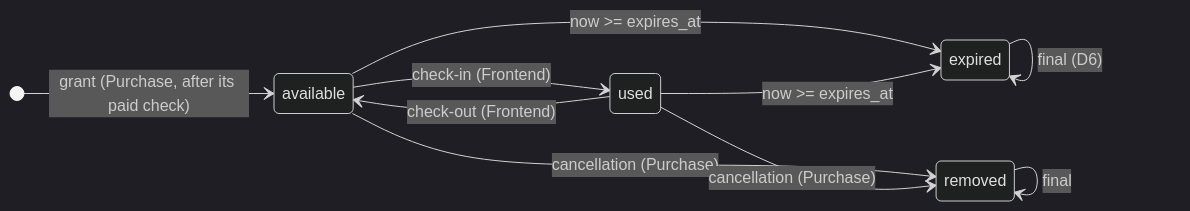
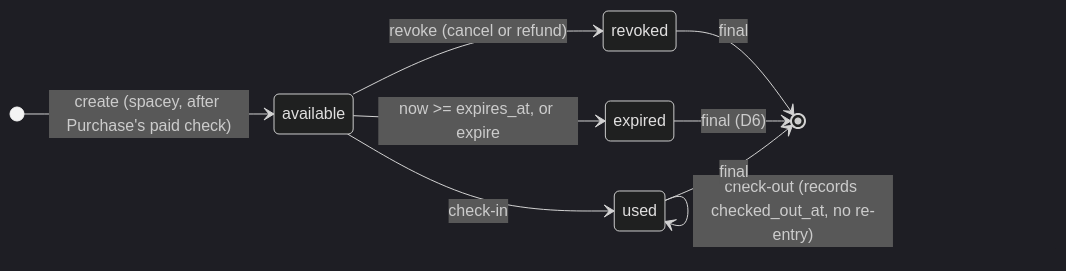
One commit to cs403bkk-2026/spacey-access changed the second of 2 diagrams in docs/database.md. Above: the diagram before and after it, drawn with Mermaid (dark theme). The commit also changed other lines of this file and 16 other files, not shown here.

````diff
--- a/docs/database.md
+++ b/docs/database.md
@@ -64,13 +68,12 @@
 ```mermaid
 stateDiagram-v2
     direction LR
-    [*] --> available: grant (Purchase, after its paid check)
-    available --> used: check-in (Frontend)
-    used --> available: check-out (Frontend)
-    available --> expired: now >= expires_at
-    used --> expired: now >= expires_at
-    available --> removed: cancellation (Purchase)
-    used --> removed: cancellation (Purchase)
-    expired --> expired: final (D6)
-    removed --> removed: final
+    [*] --> available: create (spacey, after Purchase's paid check)
+    available --> used: check-in
+    used --> used: check-out (records checked_out_at, no re-entry)
+    available --> expired: now >= expires_at, or expire
+    available --> revoked: revoke (cancel or refund)
+    used --> [*]: final
+    expired --> [*]: final (D6)
+    revoked --> [*]: final
 ```
````
